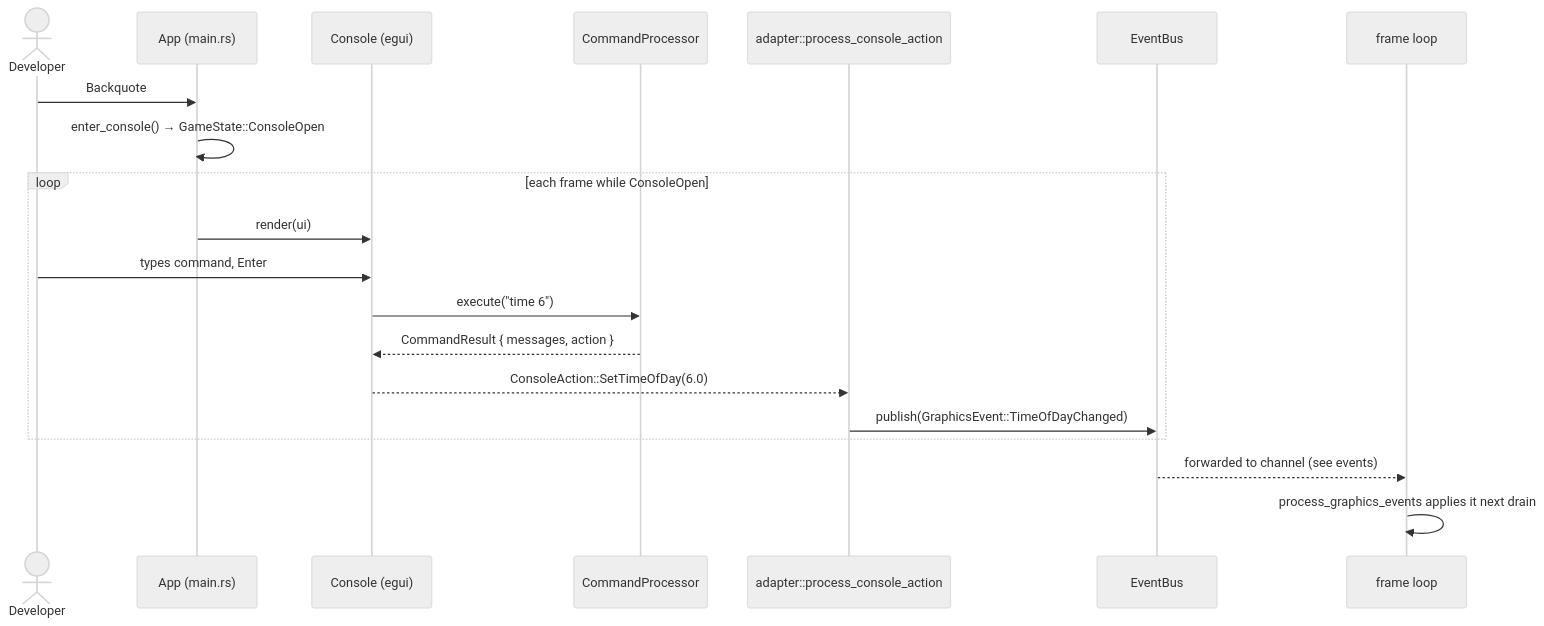
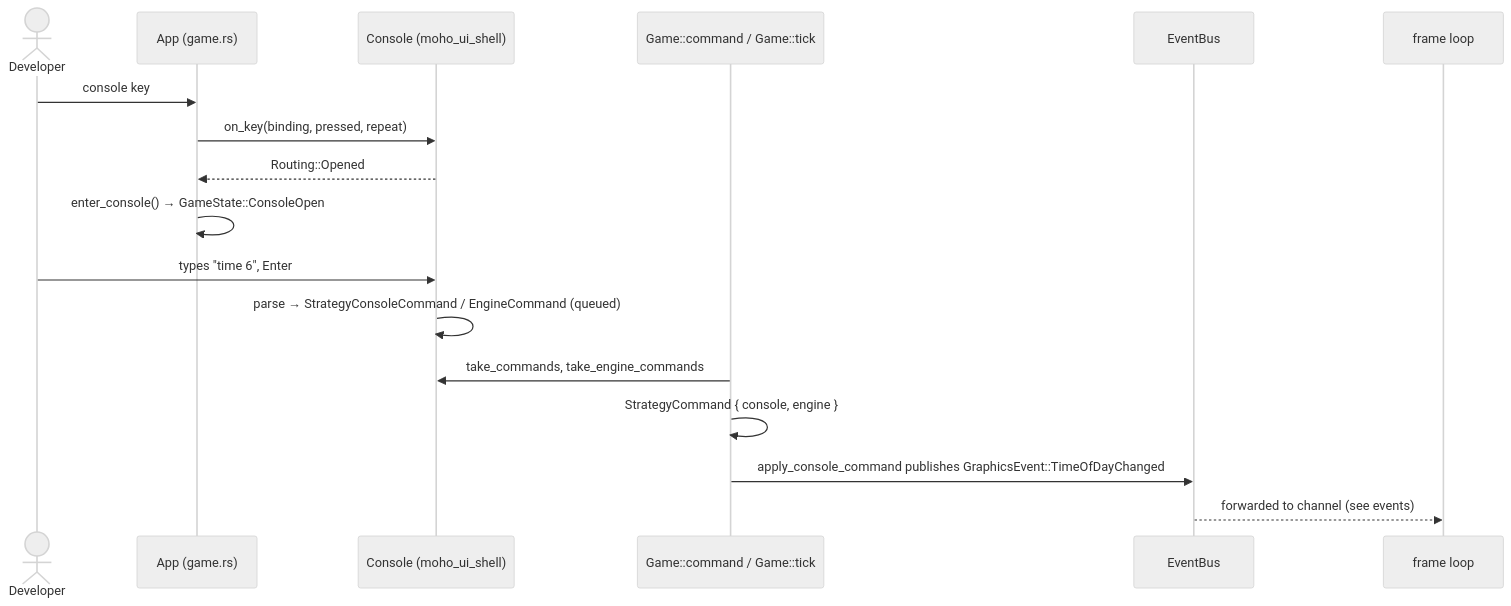
Before and after one commit to WrackedFella/moho: the diagram in wiki/architecture/console.md, drawn with Mermaid (neutral theme). The commit also changed other lines of this file and 3 other files, not shown here.

First line of the commit message:
docs(wiki): the strategy console runs on the engine console

````diff
--- a/wiki/architecture/console.md
+++ b/wiki/architecture/console.md
@@ -12,23 +15,20 @@
 ```mermaid
 sequenceDiagram
     actor U as Developer
-    participant App as App (main.rs)
-    participant C as Console (egui)
-    participant CP as CommandProcessor
-    participant A as adapter::process_console_action
+    participant App as App (game.rs)
+    participant C as Console (moho_ui_shell)
+    participant G as Game::command / Game::tick
     participant Bus as EventBus
     participant L as frame loop
 
-    U->>App: Backquote
+    U->>App: console key
+    App->>C: on_key(binding, pressed, repeat)
+    C-->>App: Routing::Opened
     App->>App: enter_console() → GameState::ConsoleOpen
-    loop each frame while ConsoleOpen
-        App->>C: render(ui)
-        U->>C: types command, Enter
-        C->>CP: execute("time 6")
-        CP-->>C: CommandResult { messages, action }
-        C-->>A: ConsoleAction::SetTimeOfDay(6.0)
-        A->>Bus: publish(GraphicsEvent::TimeOfDayChanged)
-    end
+    U->>C: types "time 6", Enter
+    C->>C: parse → StrategyConsoleCommand / EngineCommand (queued)
+    G->>C: take_commands, take_engine_commands
+    G->>G: StrategyCommand { console, engine }
+    G->>Bus: apply_console_command publishes GraphicsEvent::TimeOfDayChanged
     Bus-->>L: forwarded to channel (see events)
-    L->>L: process_graphics_events applies it next drain
 ```
````
